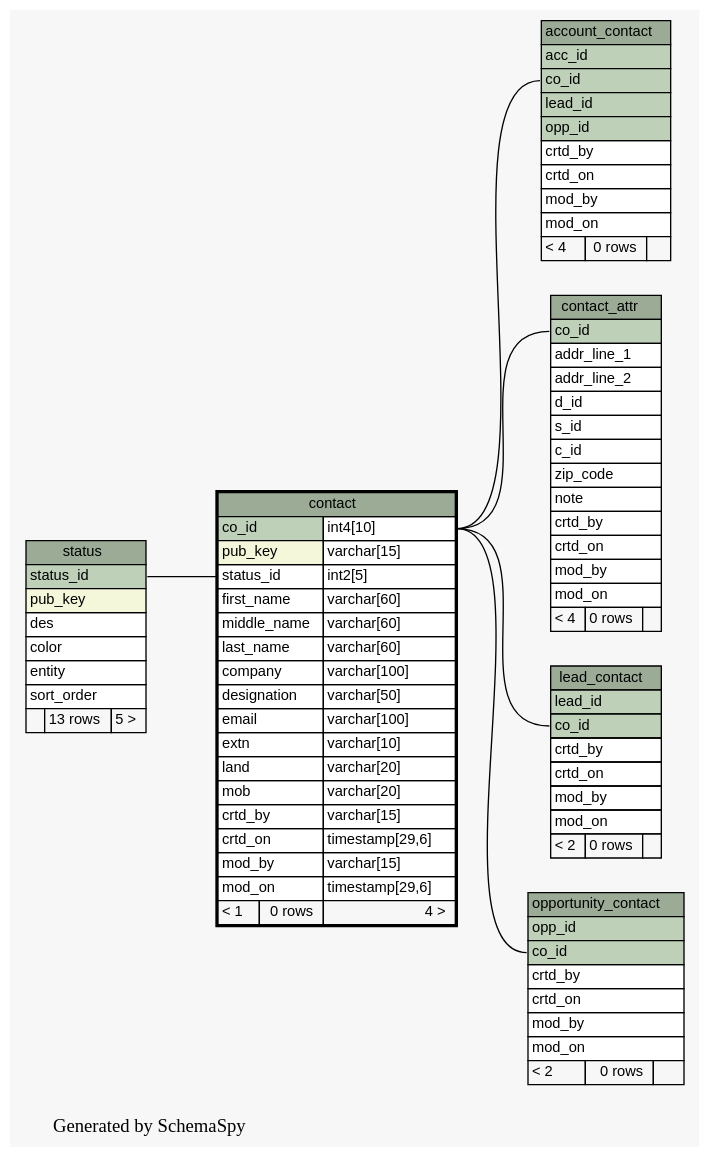
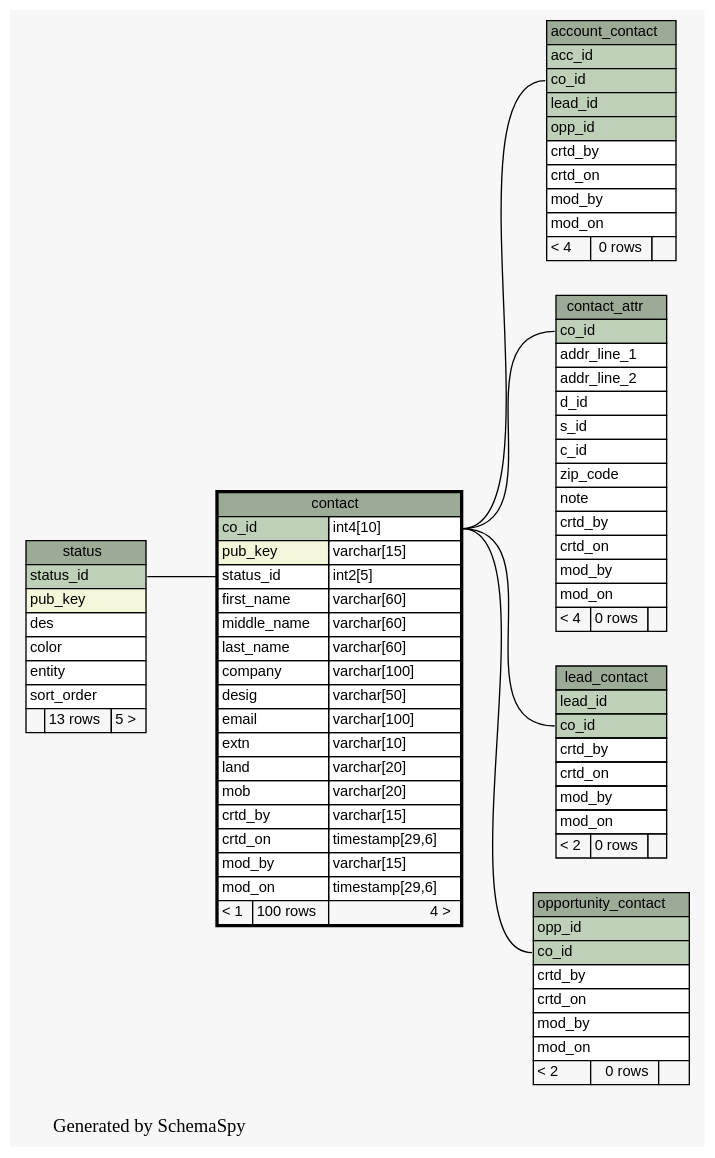
Before and after one commit to engineerscraft/salesforce: the diagram in docs/database/schemaspy/graphs/contact.1degree.dot, drawn with Graphviz. The commit also changed 180 other files, not shown here.

```diff
--- a/docs/database/schemaspy/graphs/contact.1degree.dot
+++ b/docs/database/schemaspy/graphs/contact.1degree.dot
@@ -1,130 +1,130 @@
 // dot 2.38.0 on Windows 7 6.1
 digraph "oneDegreeRelationshipsGraph" {
   graph [
     rankdir="RL"
     bgcolor="#f7f7f7"
     label="\nGenerated by SchemaSpy"
     labeljust="l"
   ];
   node [
     fontname="Helvetica"
     fontsize="11"
     shape="plaintext"
   ];
   edge [
     arrowsize="0.8"
   ];
   "account_contact":"co_id":w -> "contact":"co_id.type":e [arrowtail=crowtee arrowhead=none];
   "contact":"status_id":w -> "status":"status_id":e [arrowtail=crowtee arrowhead=none];
   "contact_attr":"co_id":w -> "contact":"co_id.type":e [arrowtail=tee arrowhead=none];
   "lead_contact":"co_id":w -> "contact":"co_id.type":e [arrowtail=crowtee arrowhead=none];
   "opportunity_contact":"co_id":w -> "contact":"co_id.type":e [arrowtail=crowtee arrowhead=none];
   "account_contact" [
     label=<
     <TABLE BORDER="0" CELLBORDER="1" CELLSPACING="0" BGCOLOR="#ffffff">
       <TR><TD PORT="account_contact.heading" COLSPAN="3" BGCOLOR="#9bab96" ALIGN="CENTER">account_contact</TD></TR>
       <TR><TD PORT="acc_id" COLSPAN="3" BGCOLOR="#bed1b8" ALIGN="LEFT">acc_id</TD></TR>
       <TR><TD PORT="co_id" COLSPAN="3" BGCOLOR="#bed1b8" ALIGN="LEFT">co_id</TD></TR>
       <TR><TD PORT="lead_id" COLSPAN="3" BGCOLOR="#bed1b8" ALIGN="LEFT">lead_id</TD></TR>
       <TR><TD PORT="opp_id" COLSPAN="3" BGCOLOR="#bed1b8" ALIGN="LEFT">opp_id</TD></TR>
       <TR><TD PORT="crtd_by" COLSPAN="3" ALIGN="LEFT">crtd_by</TD></TR>
       <TR><TD PORT="crtd_on" COLSPAN="3" ALIGN="LEFT">crtd_on</TD></TR>
       <TR><TD PORT="mod_by" COLSPAN="3" ALIGN="LEFT">mod_by</TD></TR>
       <TR><TD PORT="mod_on" COLSPAN="3" ALIGN="LEFT">mod_on</TD></TR>
       <TR><TD ALIGN="LEFT" BGCOLOR="#f7f7f7">&lt; 4</TD><TD ALIGN="RIGHT" BGCOLOR="#f7f7f7">0 rows</TD><TD ALIGN="RIGHT" BGCOLOR="#f7f7f7">  </TD></TR>
     </TABLE>>
     URL="account_contact.html#graph"
     tooltip="account_contact"
   ];
   "contact" [
     label=<
     <TABLE BORDER="2" CELLBORDER="1" CELLSPACING="0" BGCOLOR="#ffffff">
       <TR><TD PORT="contact.heading" COLSPAN="3" BGCOLOR="#9bab96" ALIGN="CENTER">contact</TD></TR>
       <TR><TD PORT="co_id" COLSPAN="2" BGCOLOR="#bed1b8" ALIGN="LEFT">co_id</TD><TD PORT="co_id.type" ALIGN="LEFT">int4[10]</TD></TR>
       <TR><TD PORT="pub_key" COLSPAN="2" BGCOLOR="#f4f7da" ALIGN="LEFT">pub_key</TD><TD PORT="pub_key.type" ALIGN="LEFT">varchar[15]</TD></TR>
       <TR><TD PORT="status_id" COLSPAN="2" ALIGN="LEFT">status_id</TD><TD PORT="status_id.type" ALIGN="LEFT">int2[5]</TD></TR>
       <TR><TD PORT="first_name" COLSPAN="2" ALIGN="LEFT">first_name</TD><TD PORT="first_name.type" ALIGN="LEFT">varchar[60]</TD></TR>
       <TR><TD PORT="middle_name" COLSPAN="2" ALIGN="LEFT">middle_name</TD><TD PORT="middle_name.type" ALIGN="LEFT">varchar[60]</TD></TR>
       <TR><TD PORT="last_name" COLSPAN="2" ALIGN="LEFT">last_name</TD><TD PORT="last_name.type" ALIGN="LEFT">varchar[60]</TD></TR>
       <TR><TD PORT="company" COLSPAN="2" ALIGN="LEFT">company</TD><TD PORT="company.type" ALIGN="LEFT">varchar[100]</TD></TR>
-      <TR><TD PORT="designation" COLSPAN="2" ALIGN="LEFT">designation</TD><TD PORT="designation.type" ALIGN="LEFT">varchar[50]</TD></TR>
+      <TR><TD PORT="desig" COLSPAN="2" ALIGN="LEFT">desig</TD><TD PORT="desig.type" ALIGN="LEFT">varchar[50]</TD></TR>
       <TR><TD PORT="email" COLSPAN="2" ALIGN="LEFT">email</TD><TD PORT="email.type" ALIGN="LEFT">varchar[100]</TD></TR>
       <TR><TD PORT="extn" COLSPAN="2" ALIGN="LEFT">extn</TD><TD PORT="extn.type" ALIGN="LEFT">varchar[10]</TD></TR>
       <TR><TD PORT="land" COLSPAN="2" ALIGN="LEFT">land</TD><TD PORT="land.type" ALIGN="LEFT">varchar[20]</TD></TR>
       <TR><TD PORT="mob" COLSPAN="2" ALIGN="LEFT">mob</TD><TD PORT="mob.type" ALIGN="LEFT">varchar[20]</TD></TR>
       <TR><TD PORT="crtd_by" COLSPAN="2" ALIGN="LEFT">crtd_by</TD><TD PORT="crtd_by.type" ALIGN="LEFT">varchar[15]</TD></TR>
       <TR><TD PORT="crtd_on" COLSPAN="2" ALIGN="LEFT">crtd_on</TD><TD PORT="crtd_on.type" ALIGN="LEFT">timestamp[29,6]</TD></TR>
       <TR><TD PORT="mod_by" COLSPAN="2" ALIGN="LEFT">mod_by</TD><TD PORT="mod_by.type" ALIGN="LEFT">varchar[15]</TD></TR>
       <TR><TD PORT="mod_on" COLSPAN="2" ALIGN="LEFT">mod_on</TD><TD PORT="mod_on.type" ALIGN="LEFT">timestamp[29,6]</TD></TR>
-      <TR><TD ALIGN="LEFT" BGCOLOR="#f7f7f7">&lt; 1</TD><TD ALIGN="RIGHT" BGCOLOR="#f7f7f7">0 rows</TD><TD ALIGN="RIGHT" BGCOLOR="#f7f7f7">4 &gt;</TD></TR>
+      <TR><TD ALIGN="LEFT" BGCOLOR="#f7f7f7">&lt; 1</TD><TD ALIGN="RIGHT" BGCOLOR="#f7f7f7">100 rows</TD><TD ALIGN="RIGHT" BGCOLOR="#f7f7f7">4 &gt;</TD></TR>
     </TABLE>>
     URL="contact.html#"
     tooltip="contact"
   ];
   "contact_attr" [
     label=<
     <TABLE BORDER="0" CELLBORDER="1" CELLSPACING="0" BGCOLOR="#ffffff">
       <TR><TD PORT="contact_attr.heading" COLSPAN="3" BGCOLOR="#9bab96" ALIGN="CENTER">contact_attr</TD></TR>
       <TR><TD PORT="co_id" COLSPAN="3" BGCOLOR="#bed1b8" ALIGN="LEFT">co_id</TD></TR>
       <TR><TD PORT="addr_line_1" COLSPAN="3" ALIGN="LEFT">addr_line_1</TD></TR>
       <TR><TD PORT="addr_line_2" COLSPAN="3" ALIGN="LEFT">addr_line_2</TD></TR>
       <TR><TD PORT="d_id" COLSPAN="3" ALIGN="LEFT">d_id</TD></TR>
       <TR><TD PORT="s_id" COLSPAN="3" ALIGN="LEFT">s_id</TD></TR>
       <TR><TD PORT="c_id" COLSPAN="3" ALIGN="LEFT">c_id</TD></TR>
       <TR><TD PORT="zip_code" COLSPAN="3" ALIGN="LEFT">zip_code</TD></TR>
       <TR><TD PORT="note" COLSPAN="3" ALIGN="LEFT">note</TD></TR>
       <TR><TD PORT="crtd_by" COLSPAN="3" ALIGN="LEFT">crtd_by</TD></TR>
       <TR><TD PORT="crtd_on" COLSPAN="3" ALIGN="LEFT">crtd_on</TD></TR>
       <TR><TD PORT="mod_by" COLSPAN="3" ALIGN="LEFT">mod_by</TD></TR>
       <TR><TD PORT="mod_on" COLSPAN="3" ALIGN="LEFT">mod_on</TD></TR>
       <TR><TD ALIGN="LEFT" BGCOLOR="#f7f7f7">&lt; 4</TD><TD ALIGN="RIGHT" BGCOLOR="#f7f7f7">0 rows</TD><TD ALIGN="RIGHT" BGCOLOR="#f7f7f7">  </TD></TR>
     </TABLE>>
     URL="contact_attr.html#graph"
     tooltip="contact_attr"
   ];
   "lead_contact" [
     label=<
     <TABLE BORDER="0" CELLBORDER="1" CELLSPACING="0" BGCOLOR="#ffffff">
       <TR><TD PORT="lead_contact.heading" COLSPAN="3" BGCOLOR="#9bab96" ALIGN="CENTER">lead_contact</TD></TR>
       <TR><TD PORT="lead_id" COLSPAN="3" BGCOLOR="#bed1b8" ALIGN="LEFT">lead_id</TD></TR>
       <TR><TD PORT="co_id" COLSPAN="3" BGCOLOR="#bed1b8" ALIGN="LEFT">co_id</TD></TR>
       <TR><TD PORT="crtd_by" COLSPAN="3" ALIGN="LEFT">crtd_by</TD></TR>
       <TR><TD PORT="crtd_on" COLSPAN="3" ALIGN="LEFT">crtd_on</TD></TR>
       <TR><TD PORT="mod_by" COLSPAN="3" ALIGN="LEFT">mod_by</TD></TR>
       <TR><TD PORT="mod_on" COLSPAN="3" ALIGN="LEFT">mod_on</TD></TR>
       <TR><TD ALIGN="LEFT" BGCOLOR="#f7f7f7">&lt; 2</TD><TD ALIGN="RIGHT" BGCOLOR="#f7f7f7">0 rows</TD><TD ALIGN="RIGHT" BGCOLOR="#f7f7f7">  </TD></TR>
     </TABLE>>
     URL="lead_contact.html#graph"
     tooltip="lead_contact"
   ];
   "opportunity_contact" [
     label=<
     <TABLE BORDER="0" CELLBORDER="1" CELLSPACING="0" BGCOLOR="#ffffff">
       <TR><TD PORT="opportunity_contact.heading" COLSPAN="3" BGCOLOR="#9bab96" ALIGN="CENTER">opportunity_contact</TD></TR>
       <TR><TD PORT="opp_id" COLSPAN="3" BGCOLOR="#bed1b8" ALIGN="LEFT">opp_id</TD></TR>
       <TR><TD PORT="co_id" COLSPAN="3" BGCOLOR="#bed1b8" ALIGN="LEFT">co_id</TD></TR>
       <TR><TD PORT="crtd_by" COLSPAN="3" ALIGN="LEFT">crtd_by</TD></TR>
       <TR><TD PORT="crtd_on" COLSPAN="3" ALIGN="LEFT">crtd_on</TD></TR>
       <TR><TD PORT="mod_by" COLSPAN="3" ALIGN="LEFT">mod_by</TD></TR>
       <TR><TD PORT="mod_on" COLSPAN="3" ALIGN="LEFT">mod_on</TD></TR>
       <TR><TD ALIGN="LEFT" BGCOLOR="#f7f7f7">&lt; 2</TD><TD ALIGN="RIGHT" BGCOLOR="#f7f7f7">0 rows</TD><TD ALIGN="RIGHT" BGCOLOR="#f7f7f7">  </TD></TR>
     </TABLE>>
     URL="opportunity_contact.html#graph"
     tooltip="opportunity_contact"
   ];
   "status" [
     label=<
     <TABLE BORDER="0" CELLBORDER="1" CELLSPACING="0" BGCOLOR="#ffffff">
       <TR><TD PORT="status.heading" COLSPAN="3" BGCOLOR="#9bab96" ALIGN="CENTER">status</TD></TR>
       <TR><TD PORT="status_id" COLSPAN="3" BGCOLOR="#bed1b8" ALIGN="LEFT">status_id</TD></TR>
       <TR><TD PORT="pub_key" COLSPAN="3" BGCOLOR="#f4f7da" ALIGN="LEFT">pub_key</TD></TR>
       <TR><TD PORT="des" COLSPAN="3" ALIGN="LEFT">des</TD></TR>
       <TR><TD PORT="color" COLSPAN="3" ALIGN="LEFT">color</TD></TR>
       <TR><TD PORT="entity" COLSPAN="3" ALIGN="LEFT">entity</TD></TR>
       <TR><TD PORT="sort_order" COLSPAN="3" ALIGN="LEFT">sort_order</TD></TR>
       <TR><TD ALIGN="LEFT" BGCOLOR="#f7f7f7">  </TD><TD ALIGN="RIGHT" BGCOLOR="#f7f7f7">13 rows</TD><TD ALIGN="RIGHT" BGCOLOR="#f7f7f7">5 &gt;</TD></TR>
     </TABLE>>
     URL="status.html#graph"
     tooltip="status"
   ];
 }
```
